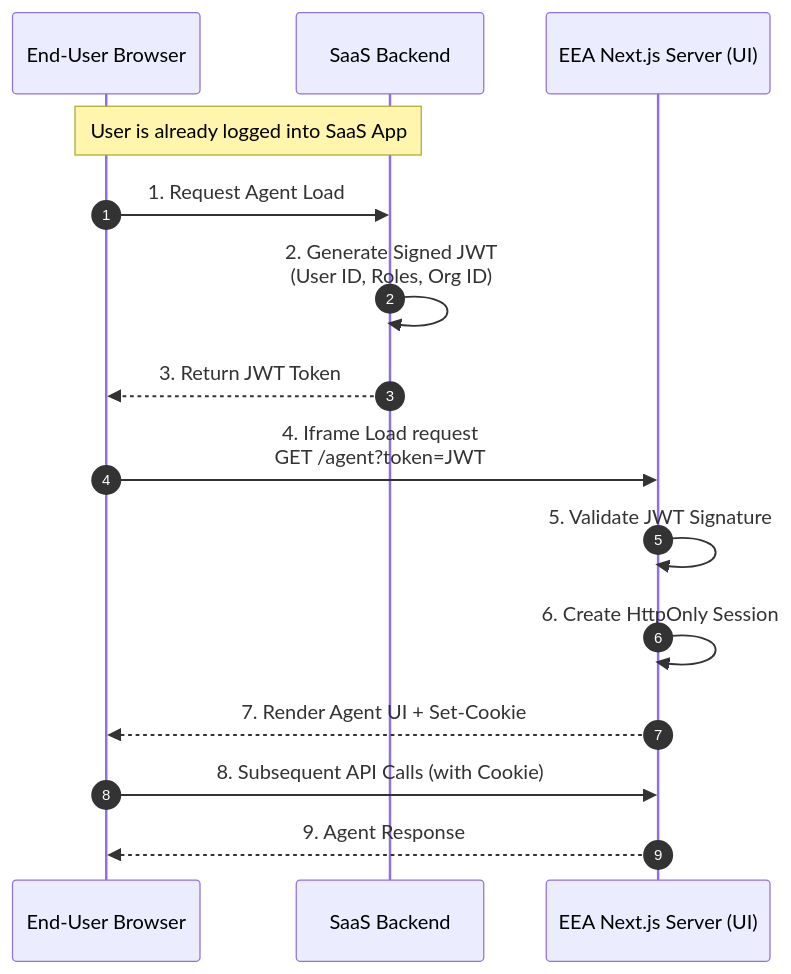
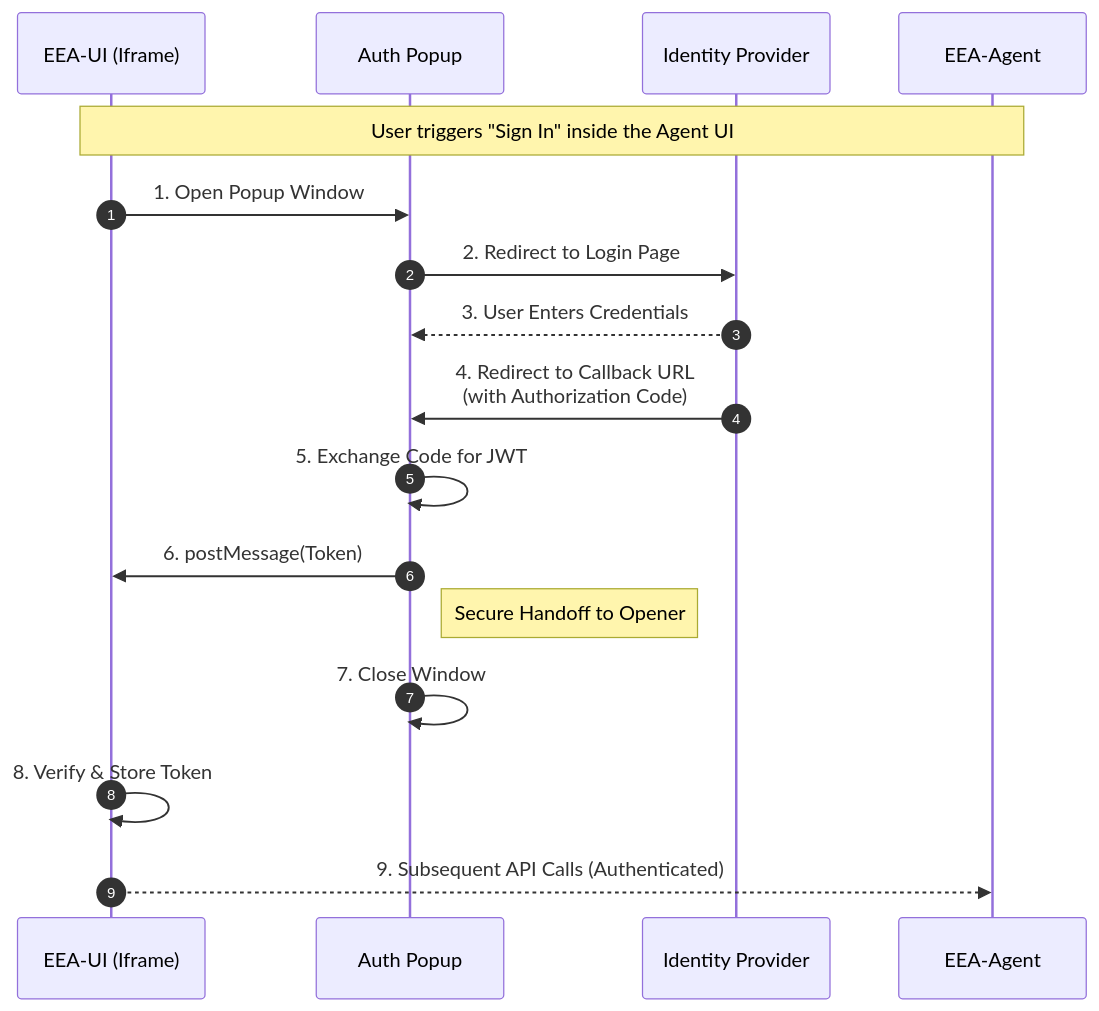
One commit to bdigafe/ent_express_agent_doc changed the diagram in docs/security/end-user-security.md. Above: the diagram before and after it, drawn with Mermaid. The commit also changed other lines of this file and 4 other files, not shown here.

````diff
--- a/docs/security/end-user-security.md
+++ b/docs/security/end-user-security.md
@@ -12,23 +20,27 @@
 ```mermaid
 sequenceDiagram
     autonumber
-    participant Browser as End-User Browser
-    participant SaaS_BE as SaaS Backend
-    participant EEA_Next as EEA Next.js Server (UI)
+    participant UI as EEA-UI (Iframe)
+    participant Popup as Auth Popup
+    participant IdP as Identity Provider
+    participant EEA-Agent 
+
+    Note over UI, EEA-Agent: User triggers "Sign In" inside the Agent UI
+
+    UI->>Popup: 1. Open Popup Window
+    Popup->>IdP: 2. Redirect to Login Page
     
-    Note over Browser, SaaS_BE: User is already logged into SaaS App
-
-    Browser->>SaaS_BE: 1. Request Agent Load
-    SaaS_BE->>SaaS_BE: 2. Generate Signed JWT<br/>(User ID, Roles, Org ID)
-    SaaS_BE-->>Browser: 3. Return JWT Token
+    IdP-->>Popup: 3. User Enters Credentials
     
-    Browser->>EEA_Next: 4. Iframe Load request<br/>GET /agent?token=JWT
+    IdP->>Popup: 4. Redirect to Callback URL<br/>(with Authorization Code)
     
-    EEA_Next->>EEA_Next: 5. Validate JWT Signature
-    EEA_Next->>EEA_Next: 6. Create HttpOnly Session
+    Popup->>Popup: 5. Exchange Code for JWT
     
-    EEA_Next-->>Browser: 7. Render Agent UI + Set-Cookie
+    Popup->>UI: 6. postMessage(Token)
+    Note right of Popup: Secure Handoff to Opener
     
-    Browser->>EEA_Next: 8. Subsequent API Calls (with Cookie)
-    EEA_Next-->>Browser: 9. Agent Response
+    Popup->>Popup: 7. Close Window
+    
+    UI->>UI: 8. Verify & Store Token
+    UI-->>EEA-Agent: 9. Subsequent API Calls (Authenticated)
 ```
````
